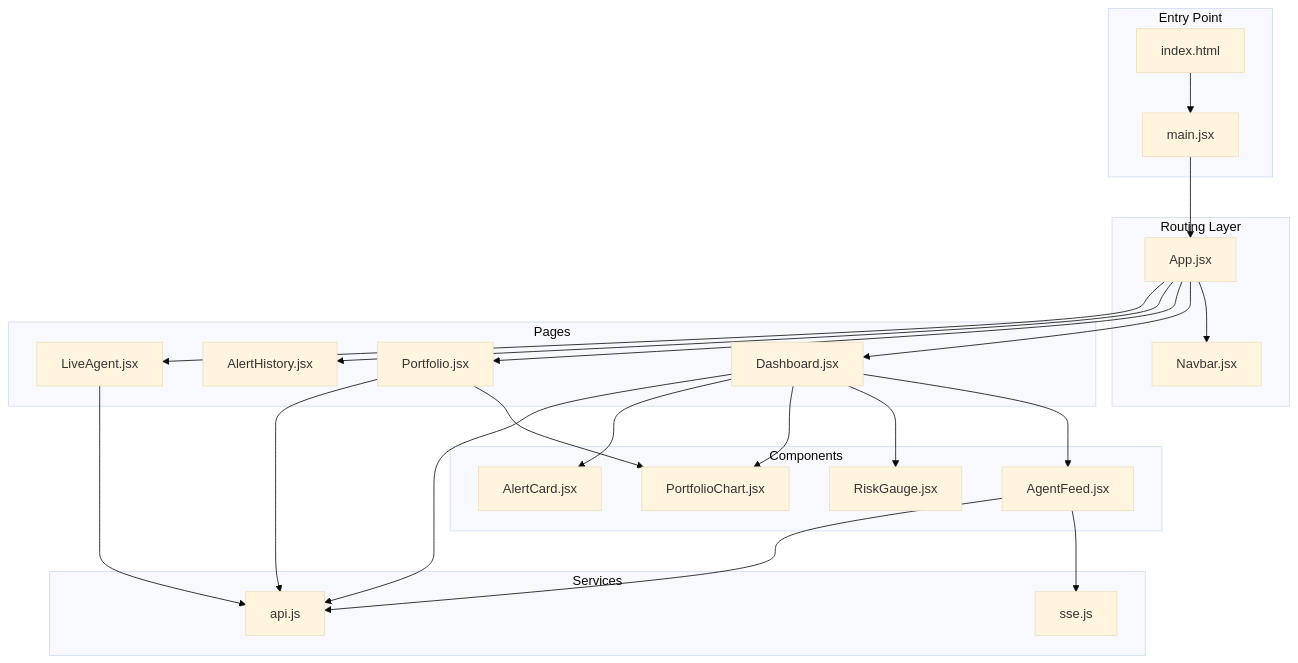
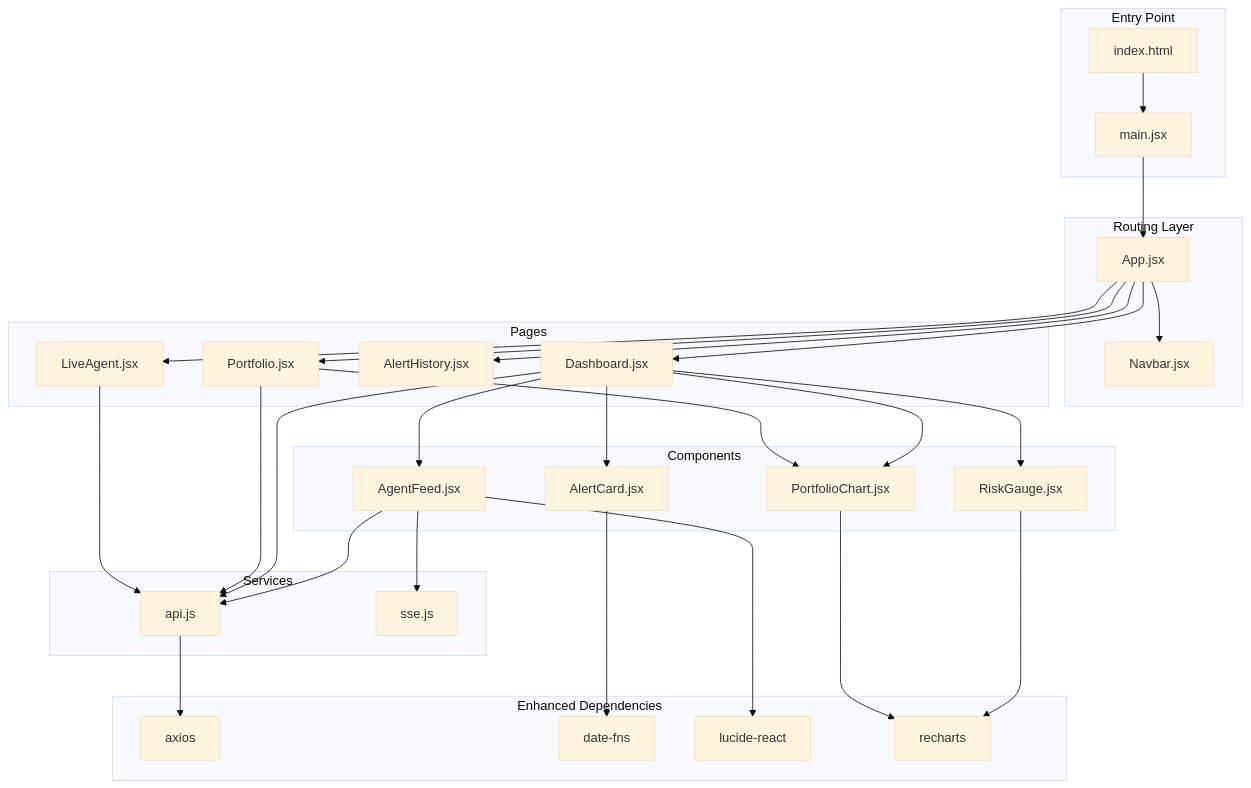
The first of 10 diagrams in .qoder/repowiki/en/content/Frontend Architecture/React Application Structure.md (ishwarambare/ishwarambare-app), drawn with Mermaid (base theme) before and after one commit. The commit also changed other lines of this file and 4 other files, not shown here.

````diff
--- a/.qoder/repowiki/en/content/Frontend Architecture/React Application Structure.md
+++ b/.qoder/repowiki/en/content/Frontend Architecture/React Application Structure.md
@@ -47,44 +59,55 @@
 ```mermaid
 graph TB
 subgraph "Entry Point"
 HTML["index.html"]
 MAIN["main.jsx"]
 end
 subgraph "Routing Layer"
 APP["App.jsx"]
 NAV["Navbar.jsx"]
 end
 subgraph "Pages"
 DASH["Dashboard.jsx"]
 PORT["Portfolio.jsx"]
 ALERTS["AlertHistory.jsx"]
 LIVE["LiveAgent.jsx"]
 end
 subgraph "Components"
 FEED["AgentFeed.jsx"]
 GAUGE["RiskGauge.jsx"]
 PCHART["PortfolioChart.jsx"]
 ACARD["AlertCard.jsx"]
 end
 subgraph "Services"
 API["api.js"]
 SSE["sse.js"]
 end
+subgraph "Enhanced Dependencies"
+AXIOS["axios"]
+DATEFNS["date-fns"]
+LUCIDE["lucide-react"]
+RECHARTS["recharts"]
+end
 HTML --> MAIN
 MAIN --> APP
 APP --> NAV
 APP --> DASH
 APP --> PORT
 APP --> ALERTS
 APP --> LIVE
 DASH --> FEED
 DASH --> GAUGE
 DASH --> PCHART
 DASH --> ACARD
 PORT --> PCHART
 FEED --> SSE
 FEED --> API
 DASH --> API
 PORT --> API
 LIVE --> API
+API --> AXIOS
+ACARD --> DATEFNS
+FEED --> LUCIDE
+GAUGE --> RECHARTS
+PCHART --> RECHARTS
 ```
````
